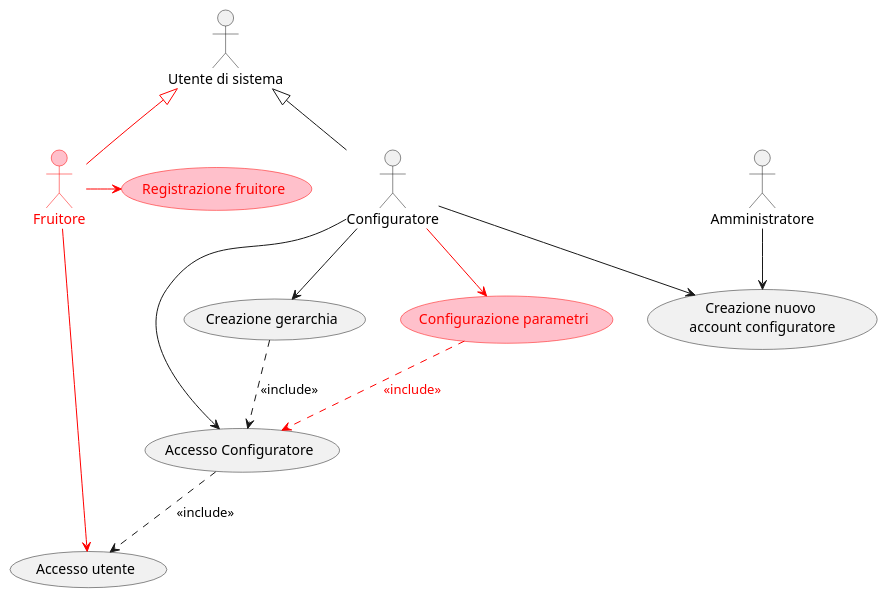
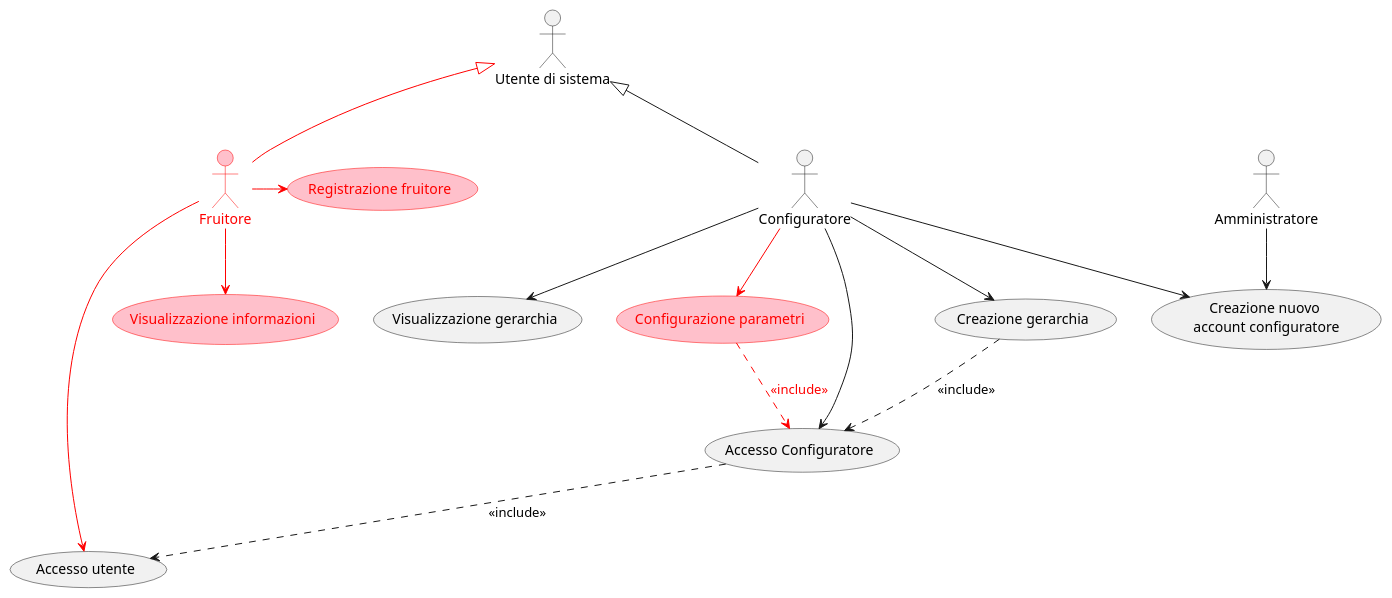
One commit to Matlice/ing_sw_2022 changed the diagram in DOC/VER2/diagrams/use_case/version_2.puml. Above: the diagram before and after it, drawn with PlantUML. The commit also changed 10 other files, not shown here.

```diff
--- a/DOC/VER2/diagrams/use_case/version_2.puml
+++ b/DOC/VER2/diagrams/use_case/version_2.puml
@@ -1,31 +1,34 @@
 @startuml
 
 :Utente di sistema: as user
 :Configuratore: as conf
 :Amministratore: as adm
 
 conf -up-|> user
 conf --> (Accesso Configuratore)
 conf --> (Creazione gerarchia)
 
 adm --> (Creazione nuovo \naccount configuratore)
 conf --> (Creazione nuovo \naccount configuratore)
+conf --> (Visualizzazione gerarchia)
 
 (Accesso Configuratore) ..> (Accesso utente): <<include>>
 (Creazione gerarchia) ..> (Accesso Configuratore): <<include>>
 
 'VERSIONE 2 ===========================================
 
 :Fruitore: as fruit #pink;line:red;text:red
 
 fruit -up-|> user #red;text:red
 
 (Configurazione parametri)  #pink;line:red;text:red
 (Registrazione fruitore) #pink;line:red;text:red
+(Visualizzazione informazioni) #pink;line:red;text:red
 
 conf --> (Configurazione parametri) #red;text:red
+fruit --> (Visualizzazione informazioni) #red;text:red
 fruit -right-> (Registrazione fruitore) #red;text:red
 fruit --> (Accesso utente) #red;text:red
 (Configurazione parametri) ..> (Accesso Configuratore) #red;text:red : <<include>>
 
 @enduml
```
